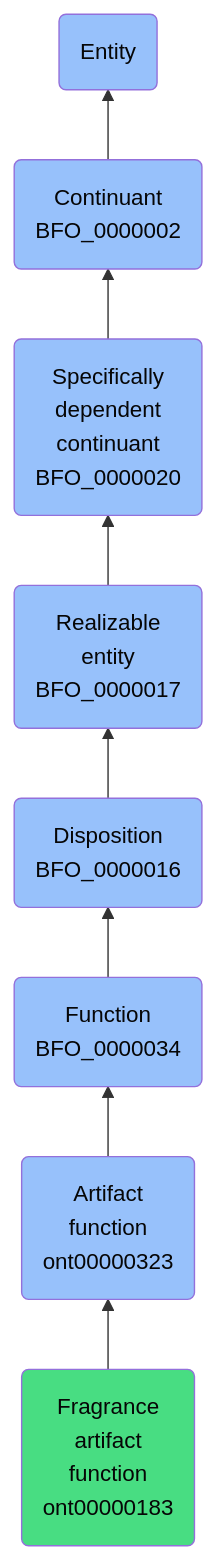
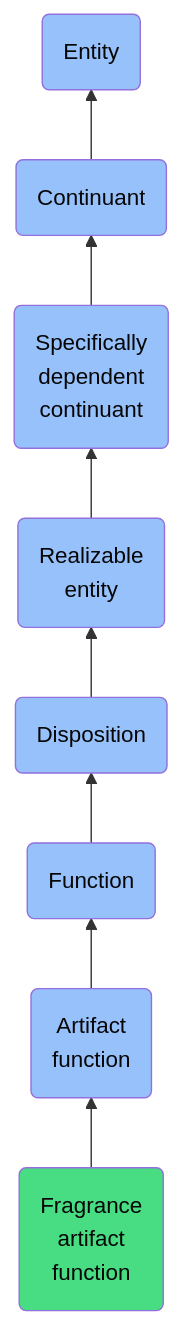
The diagram in docs/ontology/reference/model/Entity/Continuant/Specifically dependent continuant/Realizable entity/Disposition/Function/Artifact function/Fragrance artifact function/Fragrance artifact function.md (jupyter-naas/abi), drawn with Mermaid before and after one commit. The commit also changed other lines of this file and 1430 other files, not shown here.

````diff
--- a/docs/ontology/reference/model/Entity/Continuant/Specifically dependent continuant/Realizable entity/Disposition/Function/Artifact function/Fragrance artifact function/Fragrance artifact function.md
+++ b/docs/ontology/reference/model/Entity/Continuant/Specifically dependent continuant/Realizable entity/Disposition/Function/Artifact function/Fragrance artifact function/Fragrance artifact function.md
@@ -24,15 +24,15 @@
 ```mermaid
 graph BT
-    ont00000183(Fragrance<br>artifact<br>function<br>ont00000183):::ABI-->ont00000323
-    ont00000323(Artifact<br>function<br>ont00000323):::BFO-->BFO_0000034
-    BFO_0000034(Function<br>BFO_0000034):::BFO-->BFO_0000016
-    BFO_0000016(Disposition<br>BFO_0000016):::BFO-->BFO_0000017
-    BFO_0000017(Realizable<br>entity<br>BFO_0000017):::BFO-->BFO_0000020
-    BFO_0000020(Specifically<br>dependent<br>continuant<br>BFO_0000020):::BFO-->BFO_0000002
-    BFO_0000002(Continuant<br>BFO_0000002):::BFO-->BFO_0000001
+    ont00000183(Fragrance<br>artifact<br>function):::ABI-->ont00000323
+    ont00000323(Artifact<br>function):::BFO-->BFO_0000034
+    BFO_0000034(Function):::BFO-->BFO_0000016
+    BFO_0000016(Disposition):::BFO-->BFO_0000017
+    BFO_0000017(Realizable<br>entity):::BFO-->BFO_0000020
+    BFO_0000020(Specifically<br>dependent<br>continuant):::BFO-->BFO_0000002
+    BFO_0000002(Continuant):::BFO-->BFO_0000001
     BFO_0000001(Entity):::BFO
     
     classDef BFO fill:#97c1fb,color:#060606
     classDef CCO fill:#e4c51e,color:#060606
     classDef ABI fill:#48DD82,color:#060606
 ```
````
